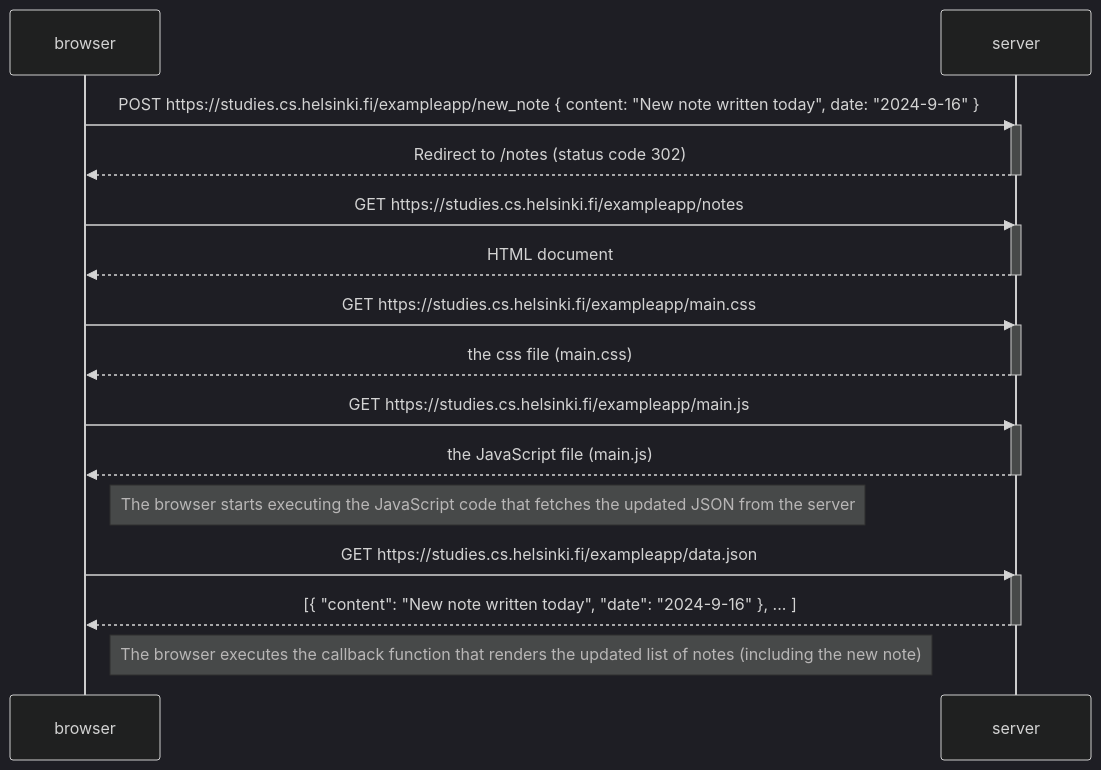
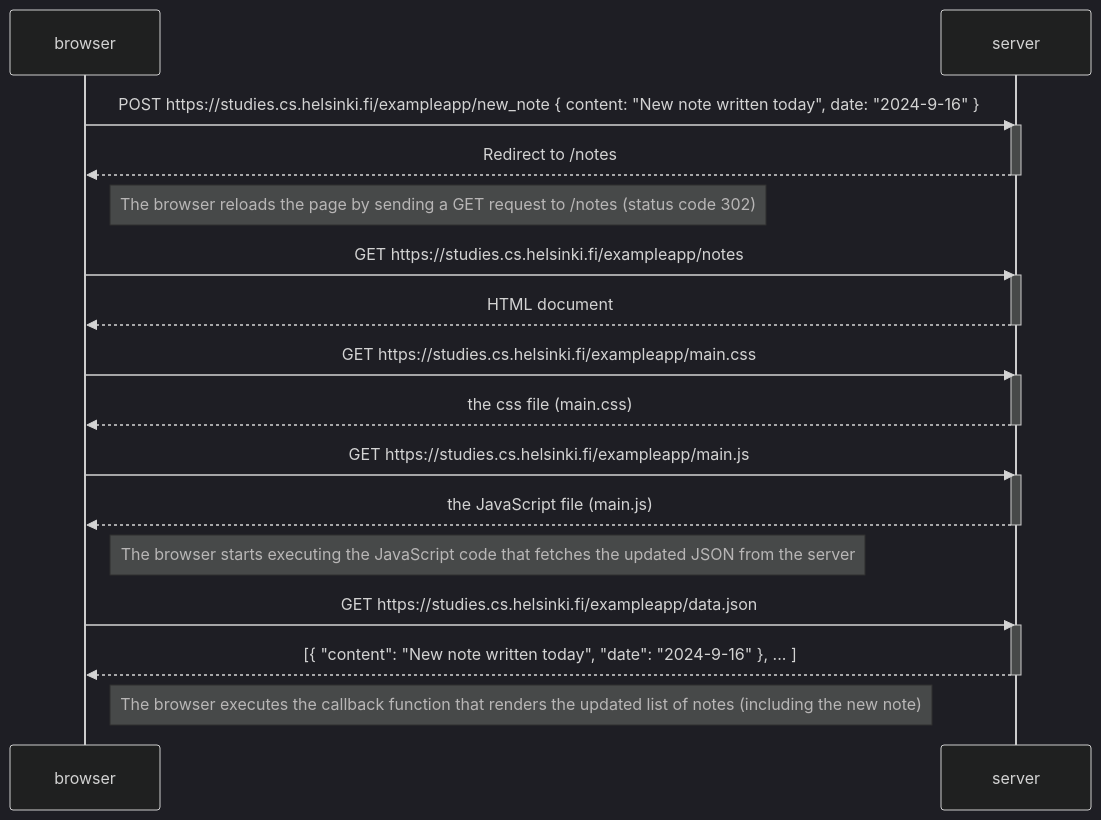
Before and after one commit to robertomergon/Full-Stack-Open-2024: the diagram in part-0/0.4-New-note-diagram.md, drawn with Mermaid (dark theme).

Commit message:
[FIX] Another comment

````diff
--- a/part-0/0.4-New-note-diagram.md
+++ b/part-0/0.4-New-note-diagram.md
@@ -1,35 +1,37 @@
 ```mermaid
 sequenceDiagram;
     participant browser
     participant server
 
     browser->>server: POST https://studies.cs.helsinki.fi/exampleapp/new_note { content: "New note written today", date: "2024-9-16" }
     activate server
-    server-->>browser: Redirect to /notes (status code 302)
+    server-->>browser: Redirect to /notes
     deactivate server
+
+    Note right of browser: The browser reloads the page by sending a GET request to /notes (status code 302)
 
     browser->>server: GET https://studies.cs.helsinki.fi/exampleapp/notes
     activate server
     server-->>browser: HTML document
     deactivate server
 
     browser->>server: GET https://studies.cs.helsinki.fi/exampleapp/main.css
     activate server
     server-->>browser: the css file (main.css)
     deactivate server
 
     browser->>server: GET https://studies.cs.helsinki.fi/exampleapp/main.js
     activate server
     server-->>browser: the JavaScript file (main.js)
     deactivate server
 
     Note right of browser: The browser starts executing the JavaScript code that fetches the updated JSON from the server
 
     browser->>server: GET https://studies.cs.helsinki.fi/exampleapp/data.json
     activate server
     server-->>browser: [{ "content": "New note written today", "date": "2024-9-16" }, ... ]
     deactivate server
 
     Note right of browser: The browser executes the callback function that renders the updated list of notes (including the new note)
 
 ```
````
